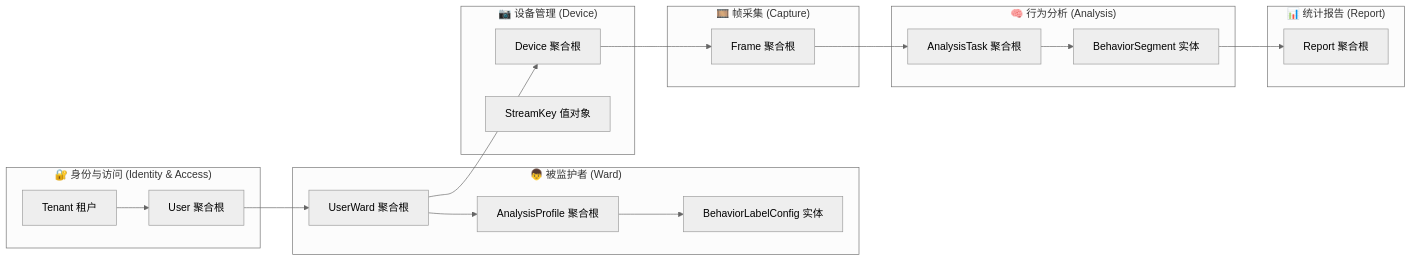
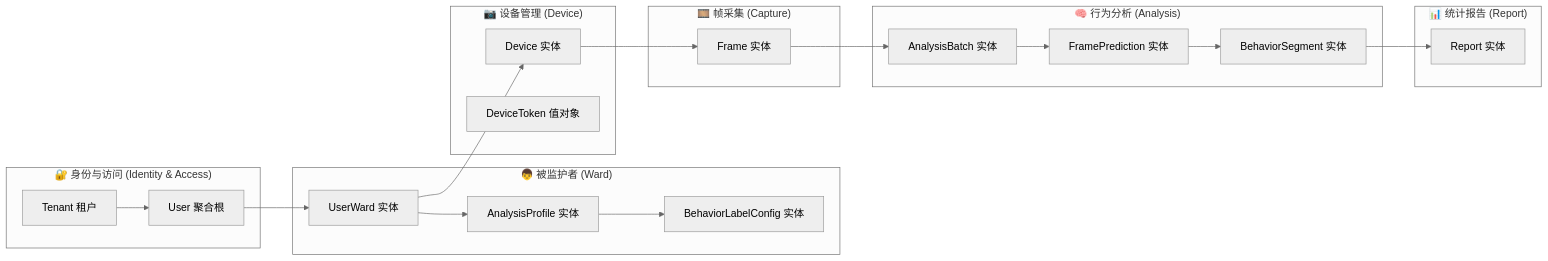
The second of 2 diagrams in docs/ARCHITECTURE.md (johanchow/duxue), drawn with Mermaid (neutral theme) before and after one commit. The commit also changed other lines of this file and 18 other files, not shown here.

````diff
--- a/docs/ARCHITECTURE.md
+++ b/docs/ARCHITECTURE.md
@@ -76,41 +79,43 @@
 ```mermaid
 graph LR
     subgraph IAM["🔐 身份与访问 (Identity & Access)"]
         U[User 聚合根]
         T[Tenant 租户]
     end
 
     subgraph DEV["📷 设备管理 (Device)"]
-        D[Device 聚合根]
-        SK[StreamKey 值对象]
+        D[Device 实体]
+        DT[DeviceToken 值对象]
     end
 
     subgraph WARD["👦 被监护者 (Ward)"]
-        W[UserWard 聚合根]
-        AP[AnalysisProfile 聚合根]
+        W[UserWard 实体]
+        AP[AnalysisProfile 实体]
         BL[BehaviorLabelConfig 实体]
     end
 
     subgraph CAP["🎞️ 帧采集 (Capture)"]
-        F[Frame 聚合根]
+        F[Frame 实体]
     end
 
     subgraph ANA["🧠 行为分析 (Analysis)"]
-        AT[AnalysisTask 聚合根]
+        AB[AnalysisBatch 实体]
+        FP[FramePrediction 实体]
         BS[BehaviorSegment 实体]
     end
 
     subgraph REP["📊 统计报告 (Report)"]
-        R[Report 聚合根]
+        R[Report 实体]
     end
 
     T --> U
     U --> W
     W --> D
     W --> AP
     AP --> BL
     D --> F
-    F --> AT
-    AT --> BS
+    F --> AB
+    AB --> FP
+    FP --> BS
     BS --> R
 ```
````
